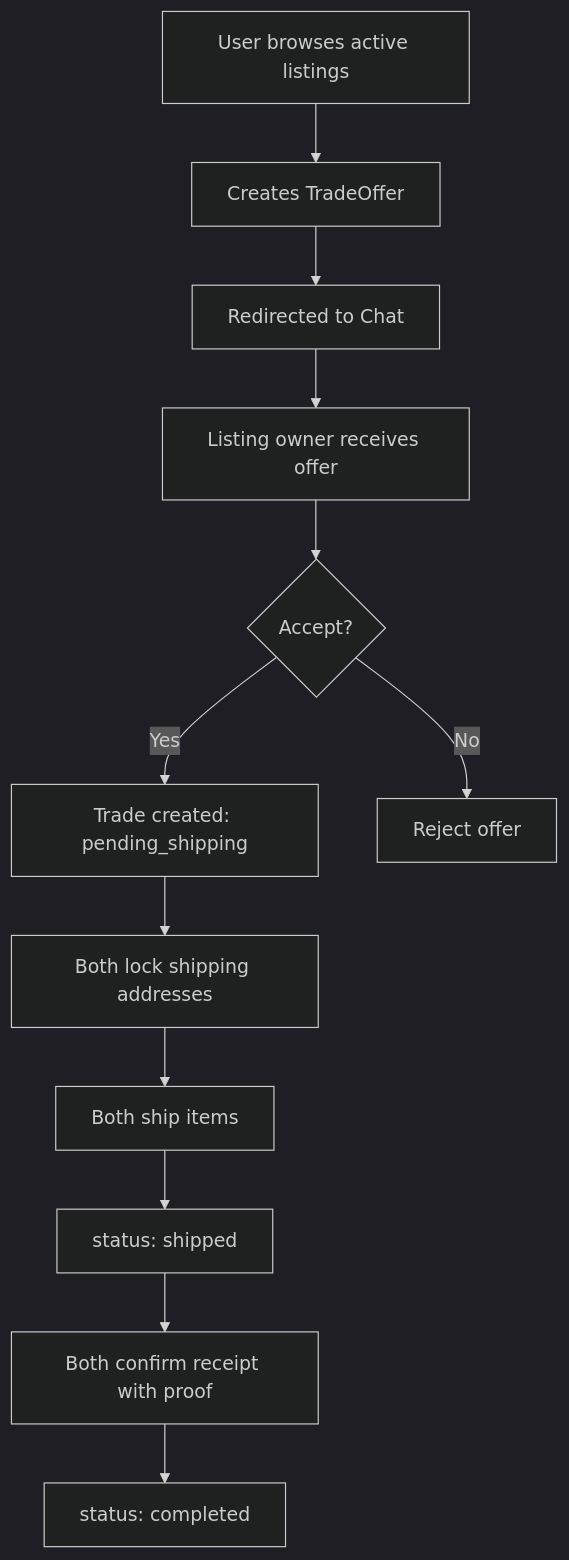
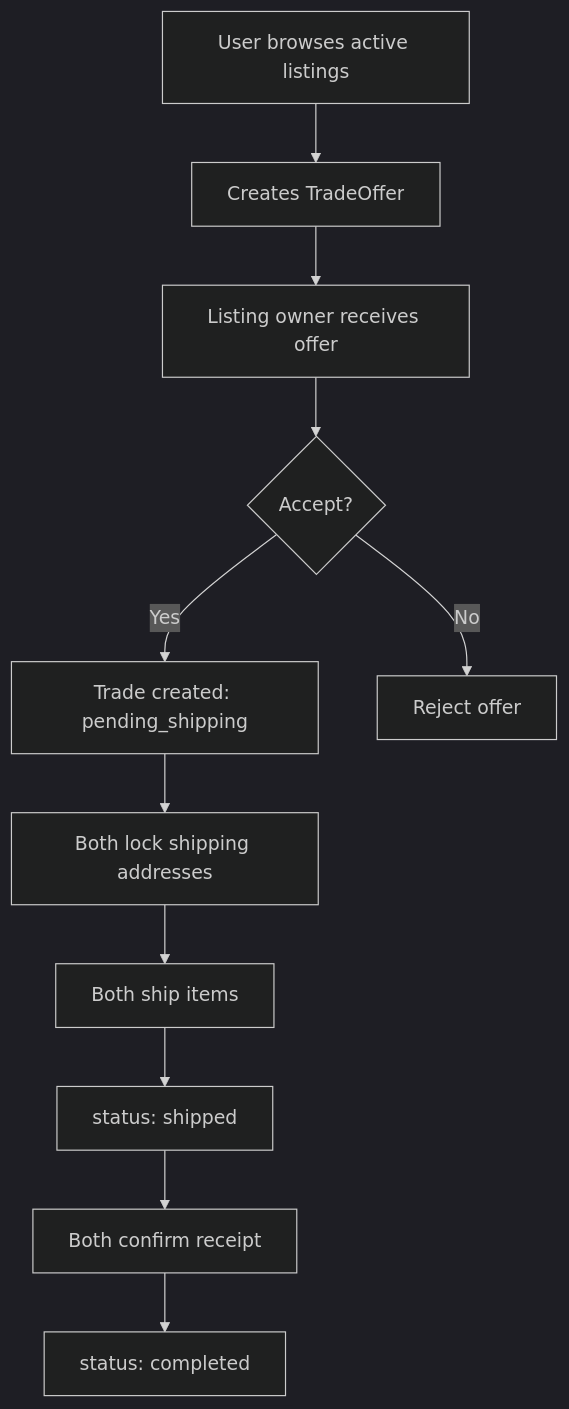
The fifth of 9 diagrams in .cursor/plans/toyhaven_process_flow_document_63f6f589.plan.md (AyrtonX43/ToyHavenPlatform), drawn with Mermaid (dark theme) before and after one commit. The commit also changed other lines of this file and 39 other files, not shown here.

````diff
--- a/.cursor/plans/toyhaven_process_flow_document_63f6f589.plan.md
+++ b/.cursor/plans/toyhaven_process_flow_document_63f6f589.plan.md
@@ -180,14 +142,13 @@
 ```mermaid
 flowchart TB
-    E1[User browses active listings] --> E2[Creates TradeOffer]
-    E2 --> E3[Redirected to Chat]
-    E3 --> E4[Listing owner receives offer]
-    E4 --> E5{Accept?}
-    E5 -->|Yes| E6[Trade created: pending_shipping]
-    E5 -->|No| E7[Reject offer]
-    E6 --> E8[Both lock shipping addresses]
-    E8 --> E9[Both ship items]
-    E9 --> E10[status: shipped]
-    E10 --> E11[Both confirm receipt with proof]
-    E11 --> E12[status: completed]
+    O1[User browses active listings] --> O2[Creates TradeOffer]
+    O2 --> O3[Listing owner receives offer]
+    O3 --> O4{Accept?}
+    O4 -->|Yes| O5[Trade created: pending_shipping]
+    O4 -->|No| O6[Reject offer]
+    O5 --> O7[Both lock shipping addresses]
+    O7 --> O8[Both ship items]
+    O8 --> O9[status: shipped]
+    O9 --> O10[Both confirm receipt]
+    O10 --> O11[status: completed]
 ```
````
